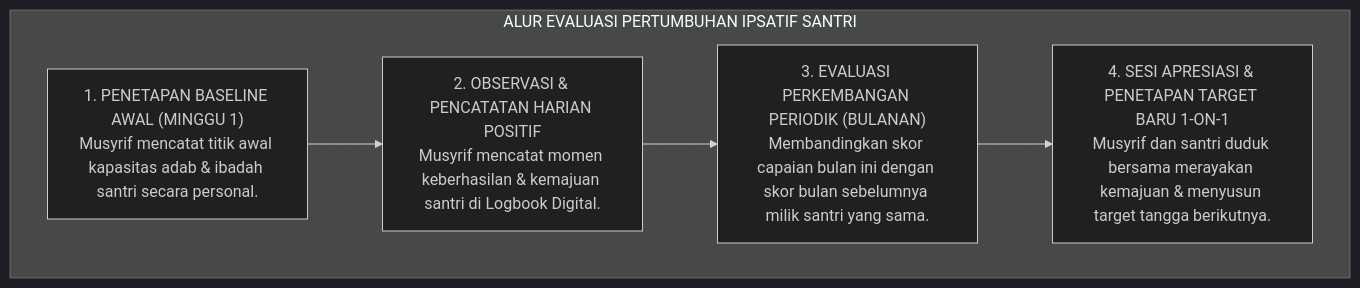
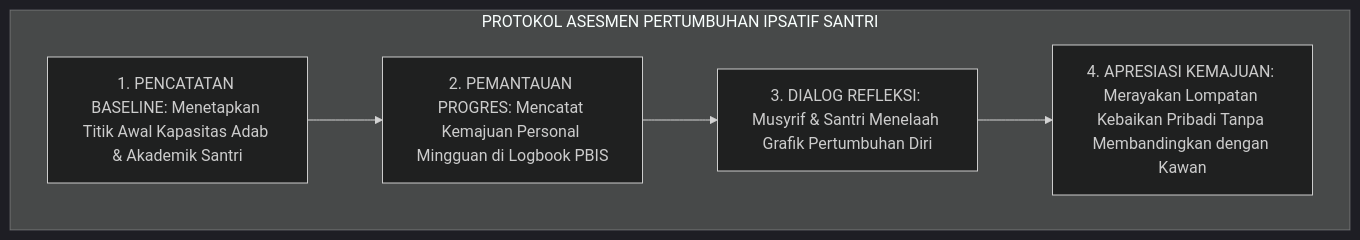
Before and after one commit to wandiapriliyandi/tumbuh: the fourth of 5 diagrams in 01 Philosophy/03 Human Development/P1-03-03-Landasan-Filosofis-Jenjang-Kemandirian-J1-J4.md, drawn with Mermaid (dark theme). The commit also changed other lines of this file and 7 other files, not shown here.

````diff
--- a/01 Philosophy/03 Human Development/P1-03-03-Landasan-Filosofis-Jenjang-Kemandirian-J1-J4.md
+++ b/01 Philosophy/03 Human Development/P1-03-03-Landasan-Filosofis-Jenjang-Kemandirian-J1-J4.md
@@ -424,14 +171,9 @@
 ```mermaid
 flowchart TD
-    subgraph SOPAsesmenIpsatif["ALUR EVALUASI PERTUMBUHAN IPSATIF SANTRI"]
-        Baseline["1. PENETAPAN BASELINE AWAL (MINGGU 1)<br/>Musyrif mencatat titik awal kapasitas adab & ibadah santri secara personal."]
-        
-        Observasi["2. OBSERVASI & PENCATATAN HARIAN POSITIF<br/>Musyrif mencatat momen keberhasilan & kemajuan santri di Logbook Digital."]
-        
-        Kalkulasi["3. EVALUASI PERKEMBANGAN PERIODIK (BULANAN)<br/>Membandingkan skor capaian bulan ini dengan skor bulan sebelumnya milik santri yang sama."]
-        
-        Apresiasi["4. SESI APRESIASI & PENETAPAN TARGET BARU 1-ON-1<br/>Musyrif dan santri duduk bersama merayakan kemajuan & menyusun target tangga berikutnya."]
-        
-        Baseline --> Observasi --> Kalkulasi --> Apresiasi
+    subgraph ProtokolAsesmenIpsatif["PROTOKOL ASESMEN PERTUMBUHAN IPSATIF SANTRI"]
+        Baseline["1. PENCATATAN BASELINE: Menetapkan Titik Awal Kapasitas Adab & Akademik Santri"]
+        --> Pantau["2. PEMANTAUAN PROGRES: Mencatat Kemajuan Personal Mingguan di Logbook PBIS"]
+        --> Dialog["3. DIALOG REFLEKSI: Musyrif & Santri Menelaah Grafik Pertumbuhan Diri"]
+        --> Apresiasi["4. APRESIASI KEMAJUAN: Merayakan Lompatan Kebaikan Pribadi Tanpa Membandingkan dengan Kawan"]
     end
 ```
````
